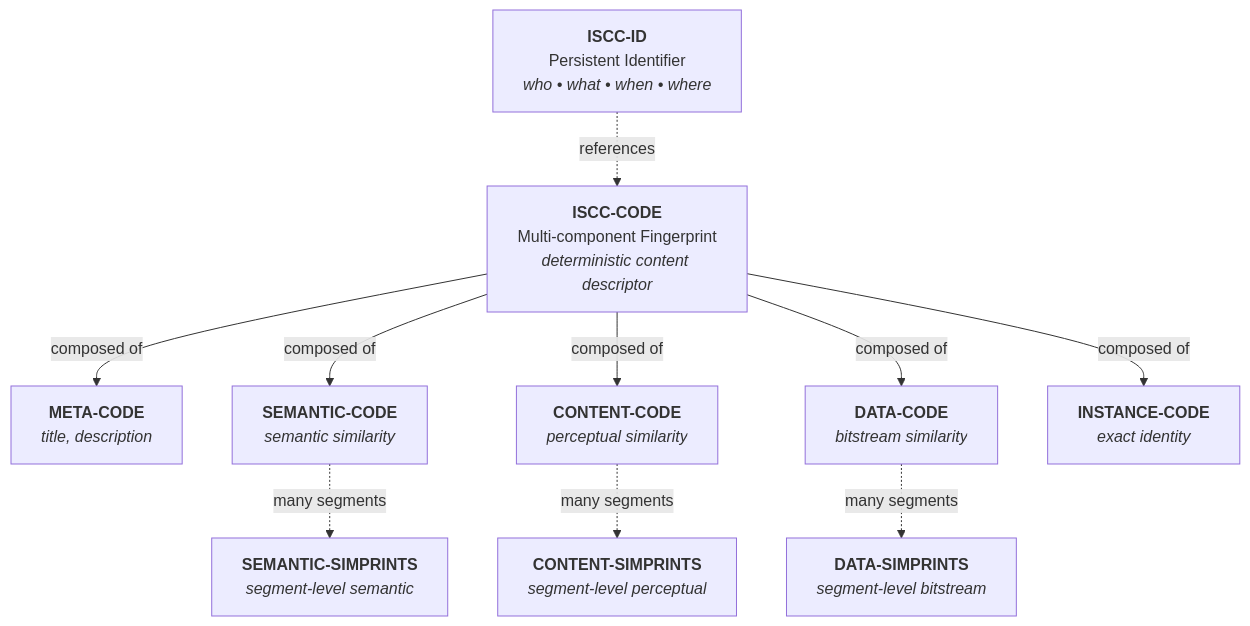
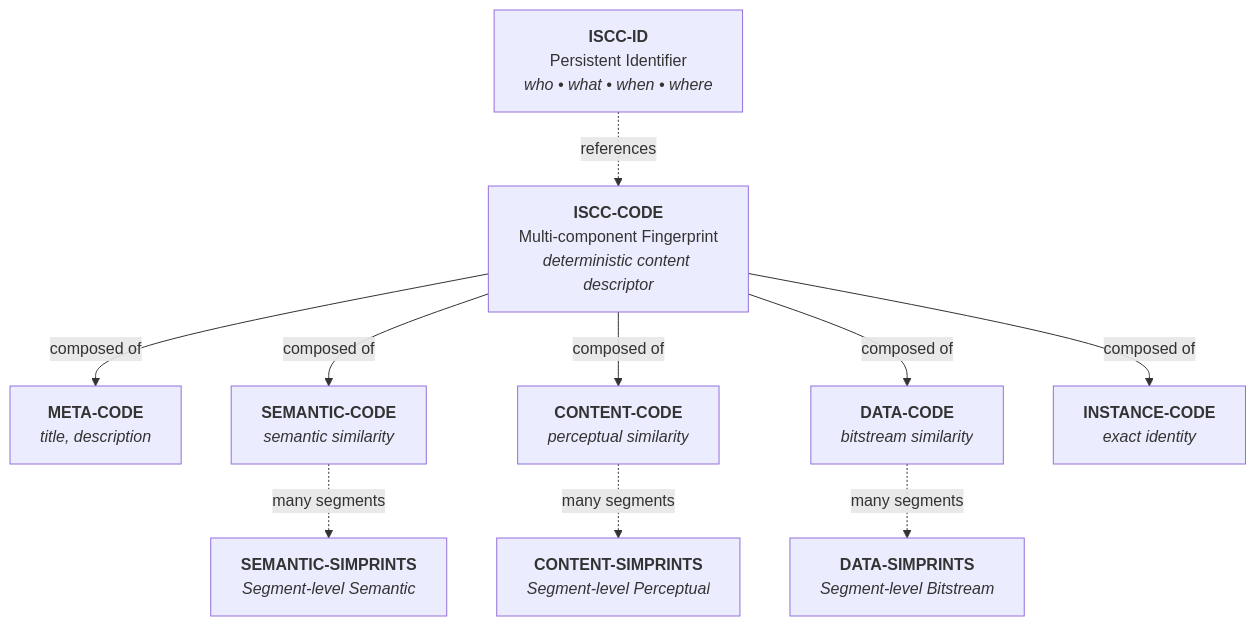
Before and after one commit to iscc/iscc-search: the diagram in docs/concept.md, drawn with Mermaid. The commit also changed other lines of this file, not shown here.

````diff
--- a/docs/concept.md
+++ b/docs/concept.md
@@ -39,22 +21,22 @@
 ```mermaid
 graph TB
     ID[<b>ISCC-ID</b><br/>Persistent Identifier<br/><i>who • what • when • where</i>]
 
-    CODE[<b>ISCC-CODE</b><br/>Multi-component Fingerprint<br/><i>deterministic content descriptor</i>]
+CODE[<b>ISCC-CODE</b><br/>Multi-component Fingerprint<br/><i>deterministic content descriptor</i>]
 
-    META[<b>META-CODE</b><br/><i>title, description</i>]
-    SEMANTIC[<b>SEMANTIC-CODE</b><br/><i>semantic similarity</i>]
-    CONTENT[<b>CONTENT-CODE</b><br/><i>perceptual similarity</i>]
-    DATA[<b>DATA-CODE</b><br/><i>bitstream similarity</i>]
-    INSTANCE[<b>INSTANCE-CODE</b><br/><i>exact identity</i>]
+META[<b>META-CODE</b><br/><i>title, description</i>]
+SEMANTIC[<b>SEMANTIC-CODE</b><br/><i>semantic similarity</i>]
+CONTENT[<b>CONTENT-CODE</b><br/><i>perceptual similarity</i>]
+DATA[<b>DATA-CODE</b><br/><i>bitstream similarity</i>]
+INSTANCE[<b>INSTANCE-CODE</b><br/><i>exact identity</i>]
 
-    SEM_SIM[<b>SEMANTIC-SIMPRINTS</b><br/><i>segment-level semantic</i>]
-    CON_SIM[<b>CONTENT-SIMPRINTS</b><br/><i>segment-level perceptual</i>]
-    DAT_SIM[<b>DATA-SIMPRINTS</b><br/><i>segment-level bitstream</i>]
+SEM_SIM[<b>SEMANTIC-SIMPRINTS</b><br/><i>Segment-level Semantic</i>]
+CON_SIM[<b>CONTENT-SIMPRINTS</b><br/><i>Segment-level Perceptual</i>]
+DAT_SIM[<b>DATA-SIMPRINTS</b><br/><i>Segment-level Bitstream</i>]
 
-    ID -.-> |references| CODE
-    CODE --> |composed of| META & SEMANTIC & CONTENT & DATA & INSTANCE
-    SEMANTIC -.-> |many segments| SEM_SIM
-    CONTENT -.-> |many segments| CON_SIM
-    DATA -.-> |many segments| DAT_SIM
+ID -.->|references|CODE
+CODE -->|composed of| META & SEMANTIC & CONTENT & DATA & INSTANCE
+SEMANTIC -.->|many segments|SEM_SIM
+CONTENT -.-> |many segments|CON_SIM
+DATA -.->|many segments|DAT_SIM
 ```
````
